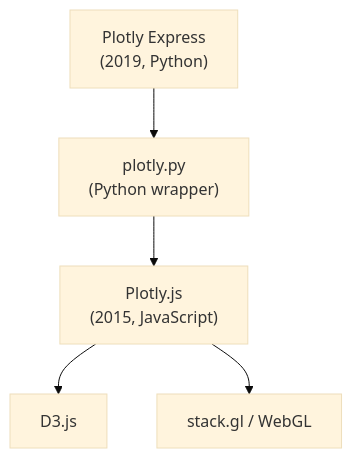
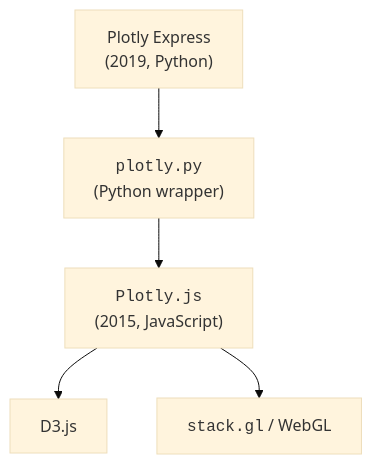
One commit to dataslope/dataslope changed the diagram in content/courses/intro-data-viz-plotly/why-plotly-express.mdx. Above: the diagram before and after it, drawn with Mermaid (base theme). The commit also changed 65 other files, not shown here.

First line of the commit message:
Set code in every mermaid label in the mono face

````diff
--- a/content/courses/intro-data-viz-plotly/why-plotly-express.mdx
+++ b/content/courses/intro-data-viz-plotly/why-plotly-express.mdx
@@ -63,7 +63,7 @@
 ```mermaid
 flowchart TB
-    PX["Plotly Express<br/>(2019, Python)"] --> PY["plotly.py<br/>(Python wrapper)"]
-    PY --> JS["Plotly.js<br/>(2015, JavaScript)"]
+    PX["Plotly Express<br/>(2019, Python)"] --> PY["<code>plotly.py</code><br/>(Python wrapper)"]
+    PY --> JS["<code>Plotly.js</code><br/>(2015, JavaScript)"]
     JS --> D3["D3.js"]
-    JS --> GL["stack.gl / WebGL"]
+    JS --> GL["<code>stack.gl</code> / WebGL"]
 ```
````
